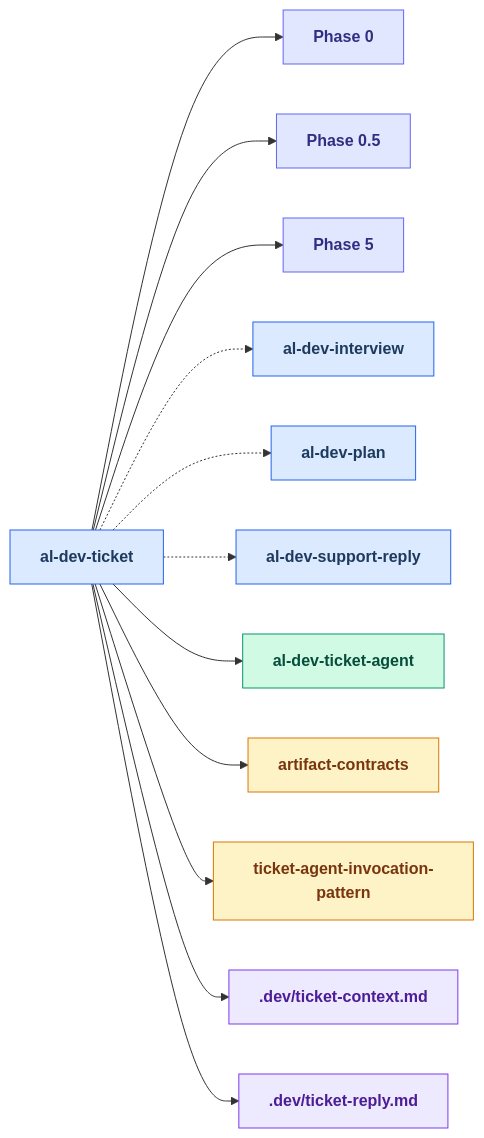
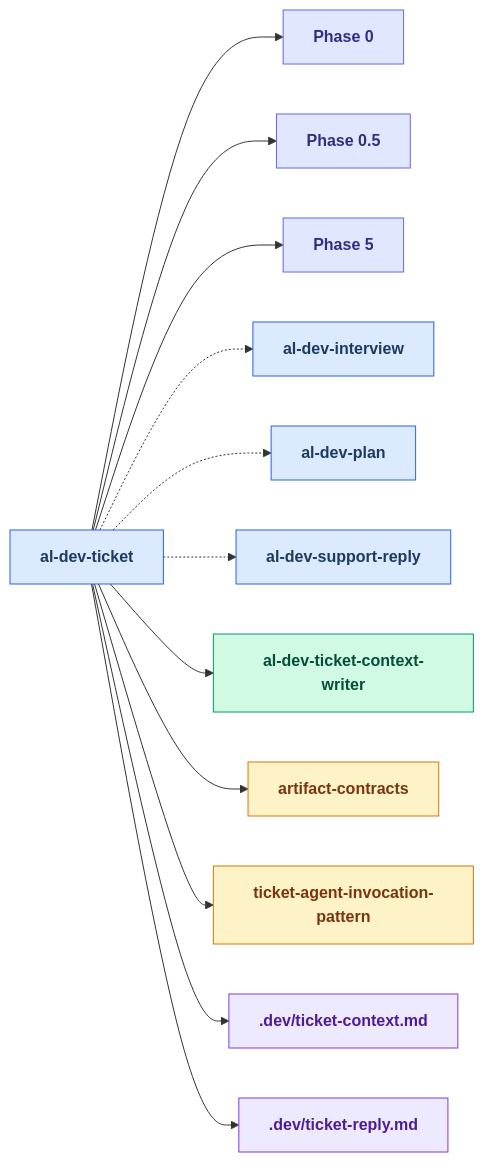
Before and after one commit to russell-laing/al-dev-shared: the second of 24 diagrams in docs/al-dev-skills-map.md, drawn with Mermaid. The commit also changed other lines of this file and 11 other files, not shown here.

First line of the commit message:
refactor(agents)!: rename al-dev-ticket-agent to al-dev-ticket-context-writer

````diff
--- a/docs/al-dev-skills-map.md
+++ b/docs/al-dev-skills-map.md
@@ -103,46 +103,46 @@
 ```mermaid
 flowchart LR
     classDef skillNode fill:#dbeafe,stroke:#2563eb,color:#1e3a5f,font-weight:bold
     classDef agentNode fill:#d1fae5,stroke:#059669,color:#064e3b,font-weight:bold
     classDef knowledgeNode fill:#fef3c7,stroke:#d97706,color:#78350f,font-weight:bold
     classDef artifactNode fill:#ede9fe,stroke:#7c3aed,color:#4c1d95,font-weight:bold
     classDef phaseNode fill:#e0e7ff,stroke:#6366f1,color:#312e81,font-weight:bold
 
     skill_al_dev_ticket[al-dev-ticket]
     Phase0["Phase 0"]
     Phase0_5["Phase 0.5"]
     Phase5["Phase 5"]
     skill_al_dev_interview[al-dev-interview]
     skill_al_dev_plan[al-dev-plan]
     skill_al_dev_support_reply[al-dev-support-reply]
-    agent_al_dev_ticket_agent[al-dev-ticket-agent]
+    agent_al_dev_ticket_context_writer[al-dev-ticket-context-writer]
     knowledge_artifact_contracts_md[artifact-contracts]
     knowledge_ticket_agent_invocation_pattern_md[ticket-agent-invocation-pattern]
     artifact_ticket_context_md[.dev/ticket-context.md]
     artifact_ticket_reply_md[.dev/ticket-reply.md]
 
     skill_al_dev_ticket --> Phase0
     skill_al_dev_ticket --> Phase0_5
     skill_al_dev_ticket --> Phase5
     skill_al_dev_ticket -.-> skill_al_dev_interview
     skill_al_dev_ticket -.-> skill_al_dev_plan
     skill_al_dev_ticket -.-> skill_al_dev_support_reply
-    skill_al_dev_ticket --> agent_al_dev_ticket_agent
+    skill_al_dev_ticket --> agent_al_dev_ticket_context_writer
     skill_al_dev_ticket --> knowledge_artifact_contracts_md
     skill_al_dev_ticket --> knowledge_ticket_agent_invocation_pattern_md
     skill_al_dev_ticket --> artifact_ticket_context_md
     skill_al_dev_ticket --> artifact_ticket_reply_md
 
     class skill_al_dev_ticket skillNode
     class Phase0 phaseNode
     class Phase0_5 phaseNode
     class Phase5 phaseNode
     class skill_al_dev_interview skillNode
     class skill_al_dev_plan skillNode
     class skill_al_dev_support_reply skillNode
-    class agent_al_dev_ticket_agent agentNode
+    class agent_al_dev_ticket_context_writer agentNode
     class knowledge_artifact_contracts_md knowledgeNode
     class knowledge_ticket_agent_invocation_pattern_md knowledgeNode
     class artifact_ticket_context_md artifactNode
     class artifact_ticket_reply_md artifactNode
 ```
````
